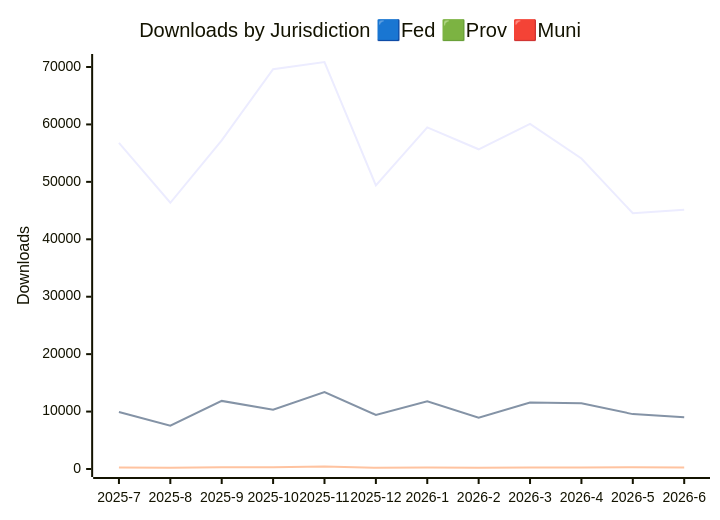
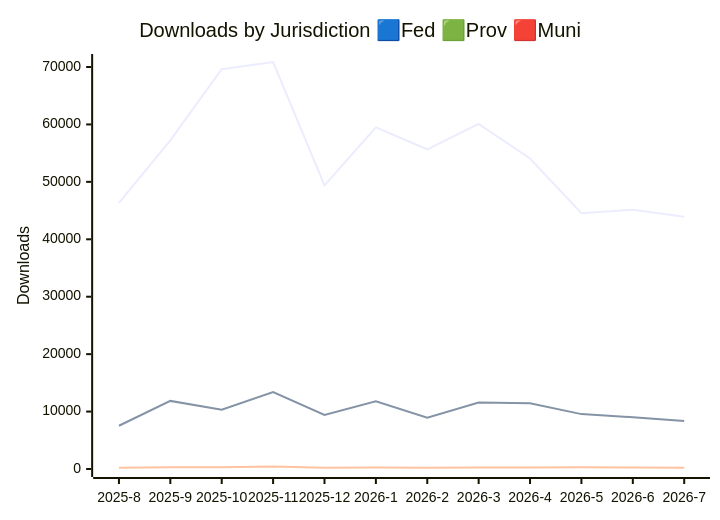
The first of 3 diagrams in JURISDICTION_ANALYTICS_REPORT/readme.md (open-data/analytics-corporate-reporting), drawn with Mermaid before and after one commit. The commit also changed other lines of this file and 3 other files, not shown here.

````diff
--- a/JURISDICTION_ANALYTICS_REPORT/readme.md
+++ b/JURISDICTION_ANALYTICS_REPORT/readme.md
@@ -13,10 +13,10 @@
 ```mermaid
 
 xychart-beta
     title "Downloads by Jurisdiction 🟦Fed 🟩Prov 🟥Muni"
-    x-axis [2025-7, 2025-8, 2025-9, 2025-10, 2025-11, 2025-12, 2026-1, 2026-2, 2026-3, 2026-4, 2026-5, 2026-6]
+    x-axis [2025-8, 2025-9, 2025-10, 2025-11, 2025-12, 2026-1, 2026-2, 2026-3, 2026-4, 2026-5, 2026-6, 2026-7]
     y-axis "Downloads" 0 --> 70871
-    line [56800, 46359, 57232, 69626, 70861, 49391, 59482, 55673, 60083, 54060, 44538, 45142]
-    line [9937, 7528, 11856, 10310, 13400, 9426, 11794, 8918, 11563, 11460, 9556, 9012]
-    line [279, 234, 305, 313, 420, 224, 270, 228, 269, 267, 286, 274]
+    line [46359, 57232, 69626, 70861, 49391, 59482, 55673, 60083, 54060, 44538, 45142, 43931]
+    line [7528, 11856, 10310, 13400, 9426, 11794, 8918, 11563, 11460, 9556, 9012, 8350]
+    line [234, 305, 313, 420, 224, 270, 228, 269, 267, 286, 274, 238]
 ```
````
